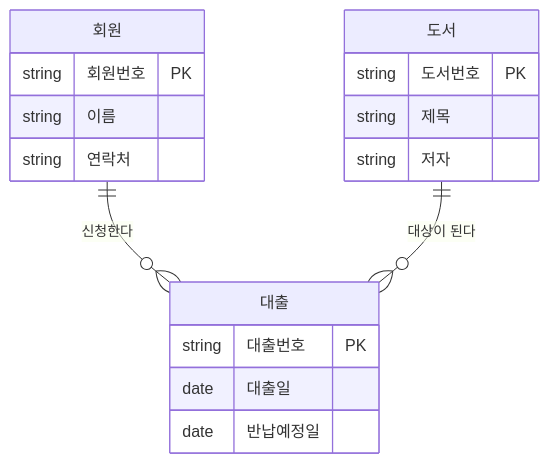
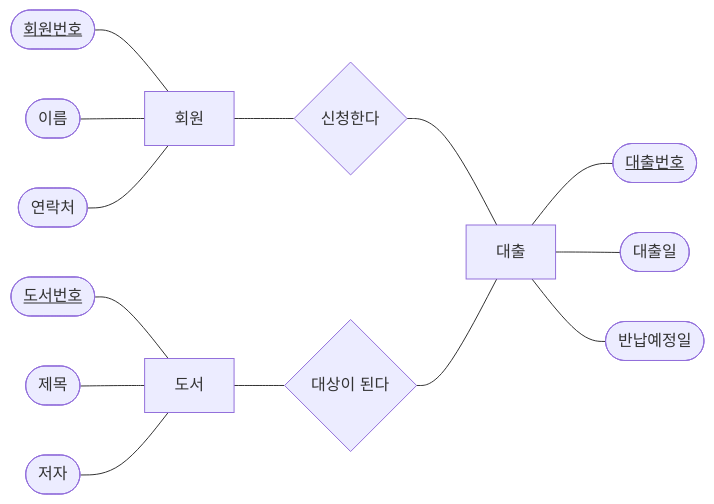
The fourth of 8 diagrams in content/ch02.md (Dori-Develop/EIPStudy), drawn with Mermaid before and after one commit. The commit also changed other lines of this file and 201 other files, not shown here.

````diff
--- a/content/ch02.md
+++ b/content/ch02.md
@@ -392,20 +392,16 @@
 ```mermaid
-erDiagram
-    회원 ||--o{ 대출 : "신청한다"
-    도서 ||--o{ 대출 : "대상이 된다"
-    회원 {
-        string 회원번호 PK
-        string 이름
-        string 연락처
-    }
-    도서 {
-        string 도서번호 PK
-        string 제목
-        string 저자
-    }
-    대출 {
-        string 대출번호 PK
-        date 대출일
-        date 반납예정일
-    }
+flowchart LR
+    A1(["<u>회원번호</u>"]) --- 회원
+    A2(["이름"]) --- 회원
+    A3(["연락처"]) --- 회원
+    회원[회원] --- R1{신청한다}
+    R1 --- 대출[대출]
+    도서[도서] --- R2{대상이 된다}
+    R2 --- 대출
+    B1(["<u>도서번호</u>"]) --- 도서
+    B2(["제목"]) --- 도서
+    B3(["저자"]) --- 도서
+    대출 --- C1(["<u>대출번호</u>"])
+    대출 --- C2(["대출일"])
+    대출 --- C3(["반납예정일"])
 ```
````
